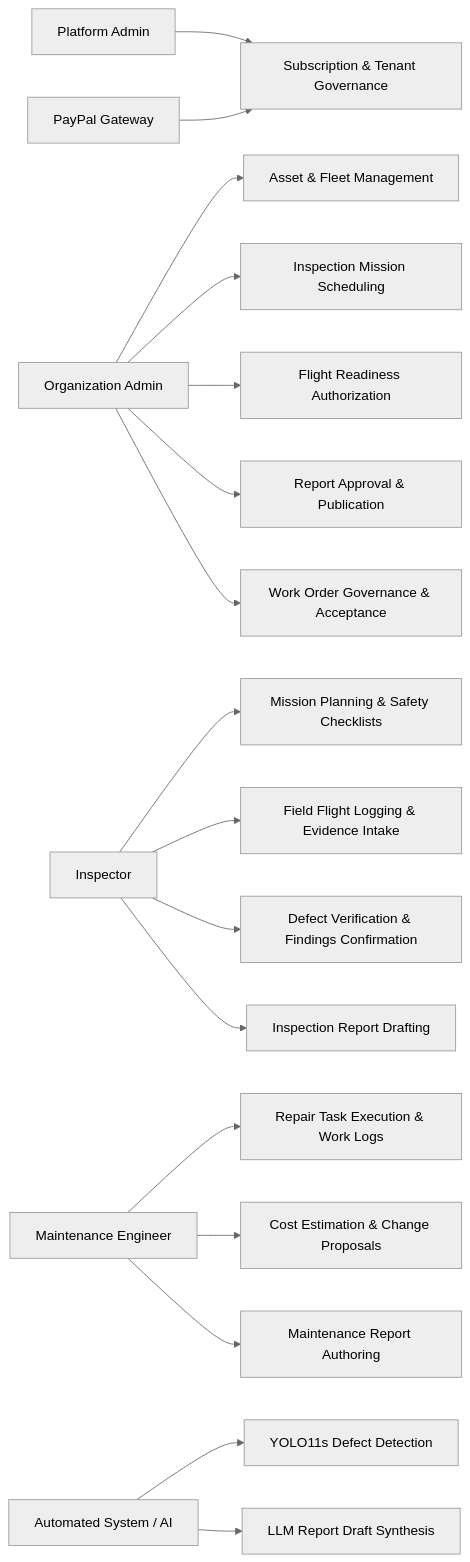
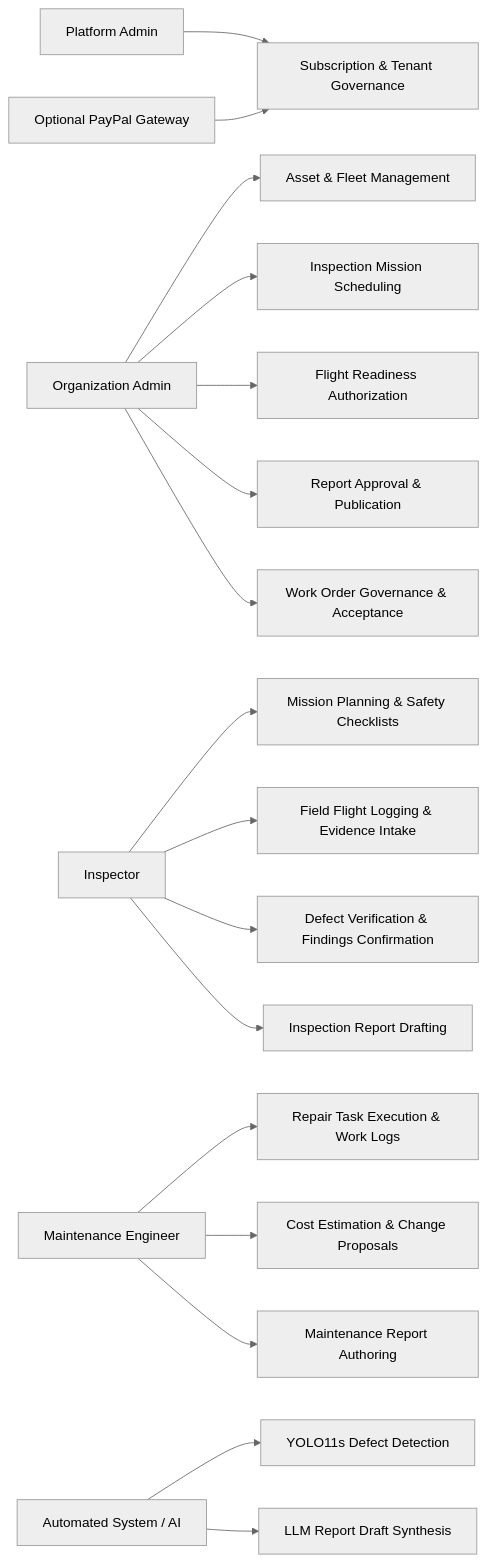
One commit to tungbach12/SmartDroneInspection-Docs changed the diagram in reports/report-3-software-requirement-specification/02-user-requirements.md. Above: the diagram before and after it, drawn with Mermaid (neutral theme). The commit also changed other lines of this file and 11 other files, not shown here.

Commit message:
feat(subscription): add optional PayPal settlement (#59)

````diff
--- a/reports/report-3-software-requirement-specification/02-user-requirements.md
+++ b/reports/report-3-software-requirement-specification/02-user-requirements.md
@@ -27,22 +27,22 @@
 ```mermaid
 flowchart LR
   PA["Platform Admin"] --> UC_SUB["Subscription & Tenant Governance"]
-  PP["PayPal Gateway"] --> UC_SUB
+  PP["Optional PayPal Gateway"] --> UC_SUB
   OA["Organization Admin"] --> UC_ASSET["Asset & Fleet Management"]
   OA --> UC_SCHED["Inspection Mission Scheduling"]
   OA --> UC_AUTH["Flight Readiness Authorization"]
   OA --> UC_REV["Report Approval & Publication"]
   OA --> UC_MAINT_GOV["Work Order Governance & Acceptance"]
 
   IN["Inspector"] --> UC_PREP["Mission Planning & Safety Checklists"]
   IN --> UC_EXEC["Field Flight Logging & Evidence Intake"]
   IN --> UC_DEFECT["Defect Verification & Findings Confirmation"]
   IN --> UC_REP_AUTH["Inspection Report Drafting"]
 
   ME["Maintenance Engineer"] --> UC_TASK["Repair Task Execution & Work Logs"]
   ME --> UC_EST["Cost Estimation & Change Proposals"]
   ME --> UC_COMP_AUTH["Maintenance Report Authoring"]
 
   SYS["Automated System / AI"] --> UC_AI["YOLO11s Defect Detection"]
   SYS --> UC_LLM["LLM Report Draft Synthesis"]
 ```
````
